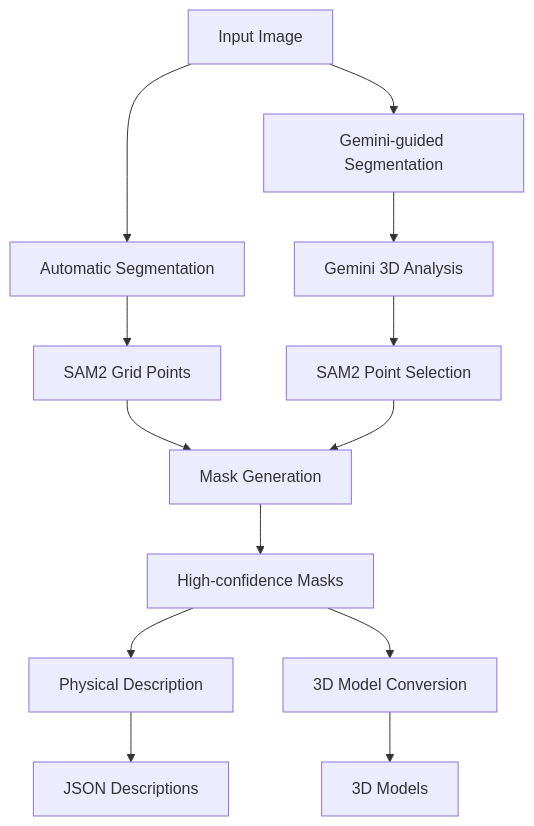
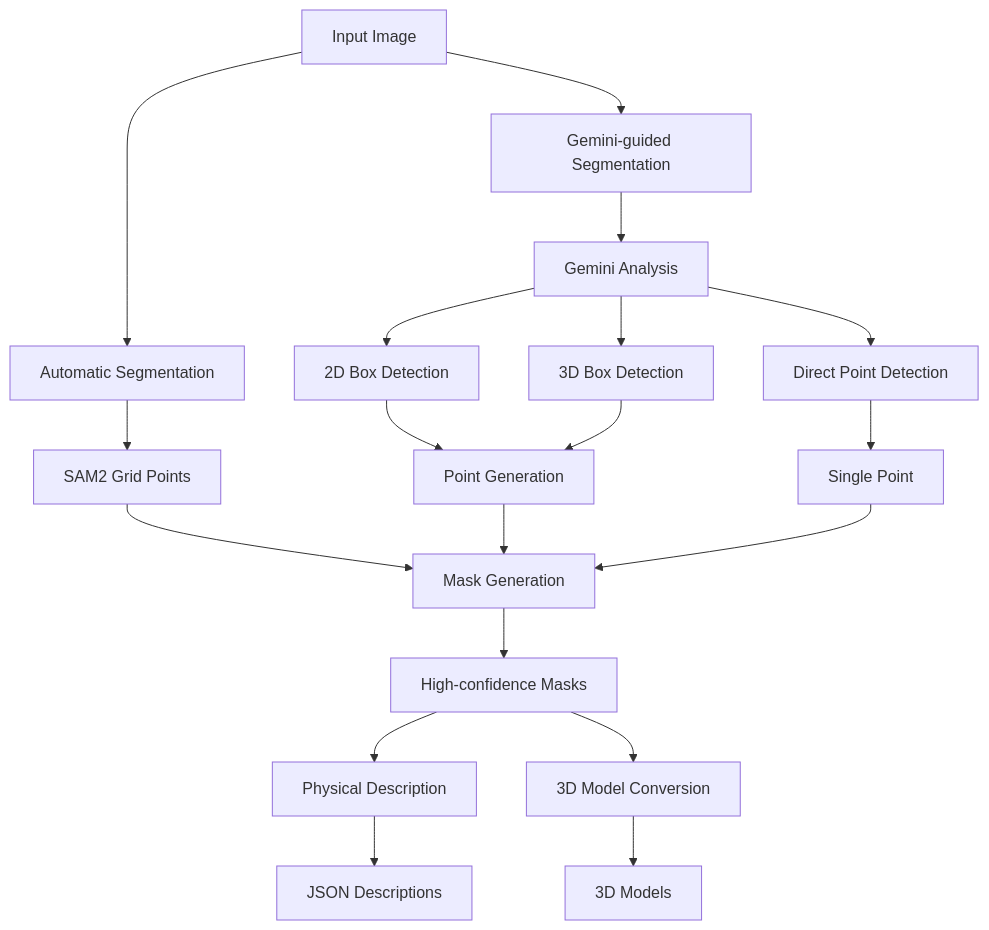
The diagram in README.md (PalatialXR/palatial-sim-python), drawn with Mermaid before and after one commit. The commit also changed other lines of this file and 6 other files, not shown here.

Commit message:
working gemini with point, 2d, and 3dbounding boxes

````diff
--- a/README.md
+++ b/README.md
@@ -7,15 +7,21 @@
 ```mermaid
 graph TD
     A[Input Image] --> B1[Automatic Segmentation]
     A --> B2[Gemini-guided Segmentation]
     B1 --> C1[SAM2 Grid Points]
-    B2 --> C2[Gemini 3D Analysis]
-    C2 --> C3[SAM2 Point Selection]
-    C1 --> D[Mask Generation]
-    C3 --> D
-    D --> E[High-confidence Masks]
-    E --> F[Physical Description]
-    E --> G[3D Model Conversion]
-    F --> H[JSON Descriptions]
-    G --> I[3D Models]
+    B2 --> C2[Gemini Analysis]
+    C2 --> D1[2D Box Detection]
+    C2 --> D2[3D Box Detection]
+    C2 --> D3[Direct Point Detection]
+    D1 --> E1[Point Generation]
+    D2 --> E1
+    D3 --> E2[Single Point]
+    C1 --> F[Mask Generation]
+    E1 --> F
+    E2 --> F
+    F --> G[High-confidence Masks]
+    G --> H[Physical Description]
+    G --> I[3D Model Conversion]
+    H --> J[JSON Descriptions]
+    I --> K[3D Models]
 ```
````
